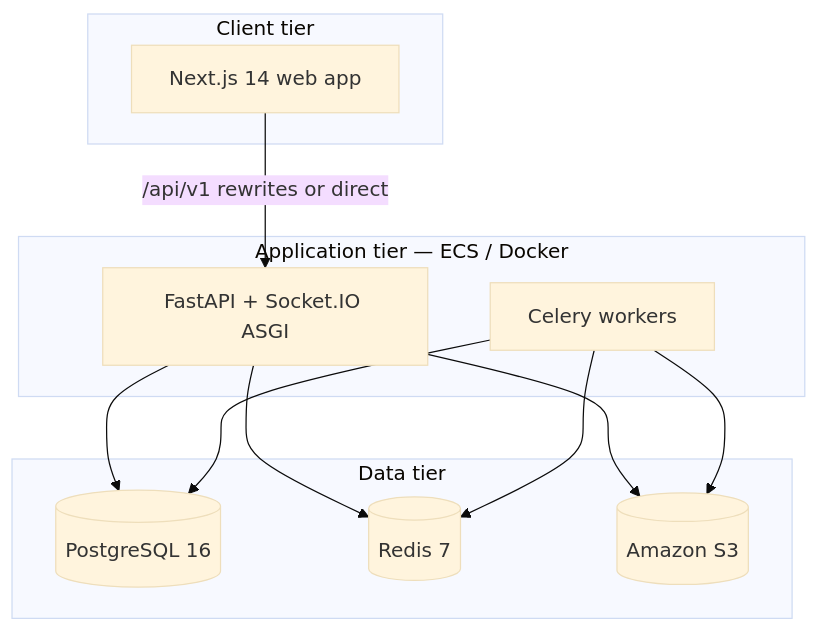
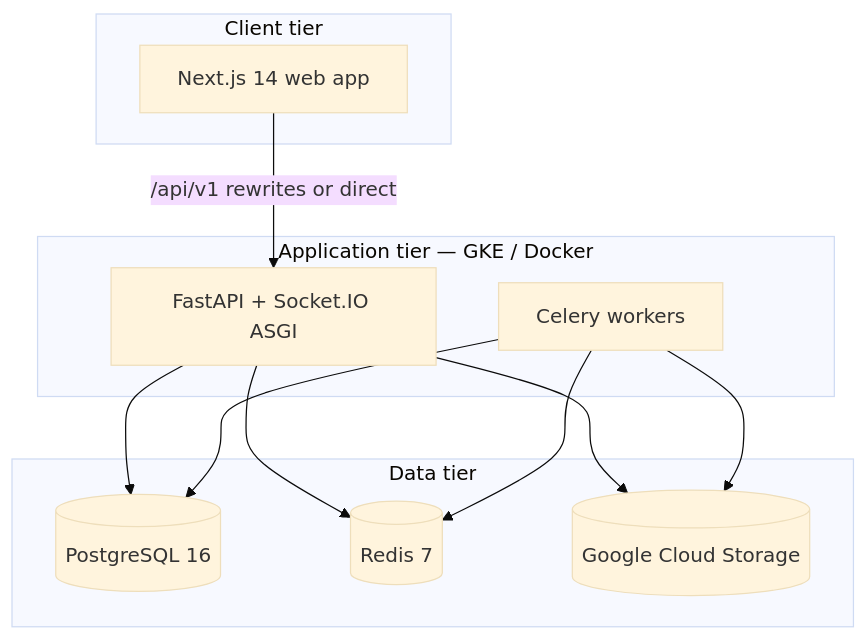
One commit to anulsasidharan/AI-Video-Intelligence-Content-Moderation-Platform changed the second of 2 diagrams in docs/HDL.md. Above: the diagram before and after it, drawn with Mermaid (base theme). The commit also changed other lines of this file and 49 other files, not shown here.

````diff
--- a/docs/HDL.md
+++ b/docs/HDL.md
@@ -66,22 +66,22 @@
 ```mermaid
 flowchart TB
   subgraph client_tier["Client tier"]
     WEB[Next.js 14 web app]
   end
-  subgraph app_tier["Application tier — ECS / Docker"]
+  subgraph app_tier["Application tier — GKE / Docker"]
     API[FastAPI + Socket.IO ASGI]
     WRK[Celery workers]
   end
   subgraph data_tier["Data tier"]
     PG[(PostgreSQL 16)]
     RD[(Redis 7)]
-    S3[(Amazon S3)]
+    GCSObj[(Google Cloud Storage)]
   end
   WEB -->|"/api/v1 rewrites or direct"| API
   API --> PG
   API --> RD
-  API --> S3
+  API --> GCSObj
   WRK --> PG
   WRK --> RD
-  WRK --> S3
+  WRK --> GCSObj
 ```
````
